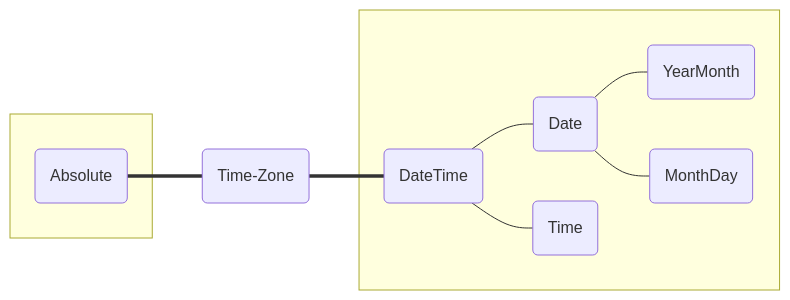
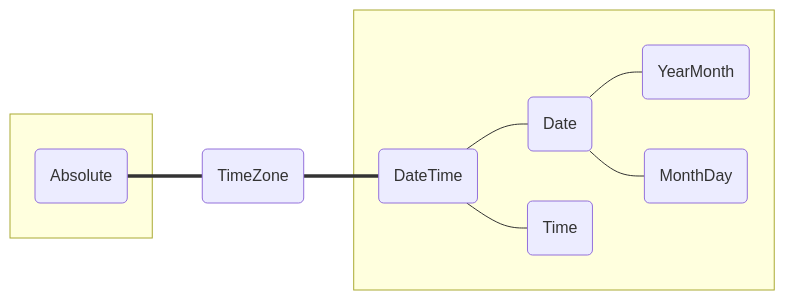
One commit to tc39/proposal-temporal changed the diagram in docs/README.md. Above: the diagram before and after it, drawn with Mermaid. The commit also changed other lines of this file and 11 other files, not shown here.

```diff
--- a/docs/README.md
+++ b/docs/README.md
@@ -5,20 +5,20 @@
 <div class="mermaid">
 graph LR;
-  timezone(Time-Zone);
+  timezone(TimeZone);
   subgraph " ";
     absolute(Absolute);
   end;
   subgraph " ";
     datetime(DateTime);
       date(Date);
         yearmonth(YearMonth);
         monthday(MonthDay);
       time(Time);
     datetime --- date;
     datetime --- time;
     date --- yearmonth;
     date --- monthday;
   end;
   absolute === timezone;
   timezone === datetime;
 </div>
```
